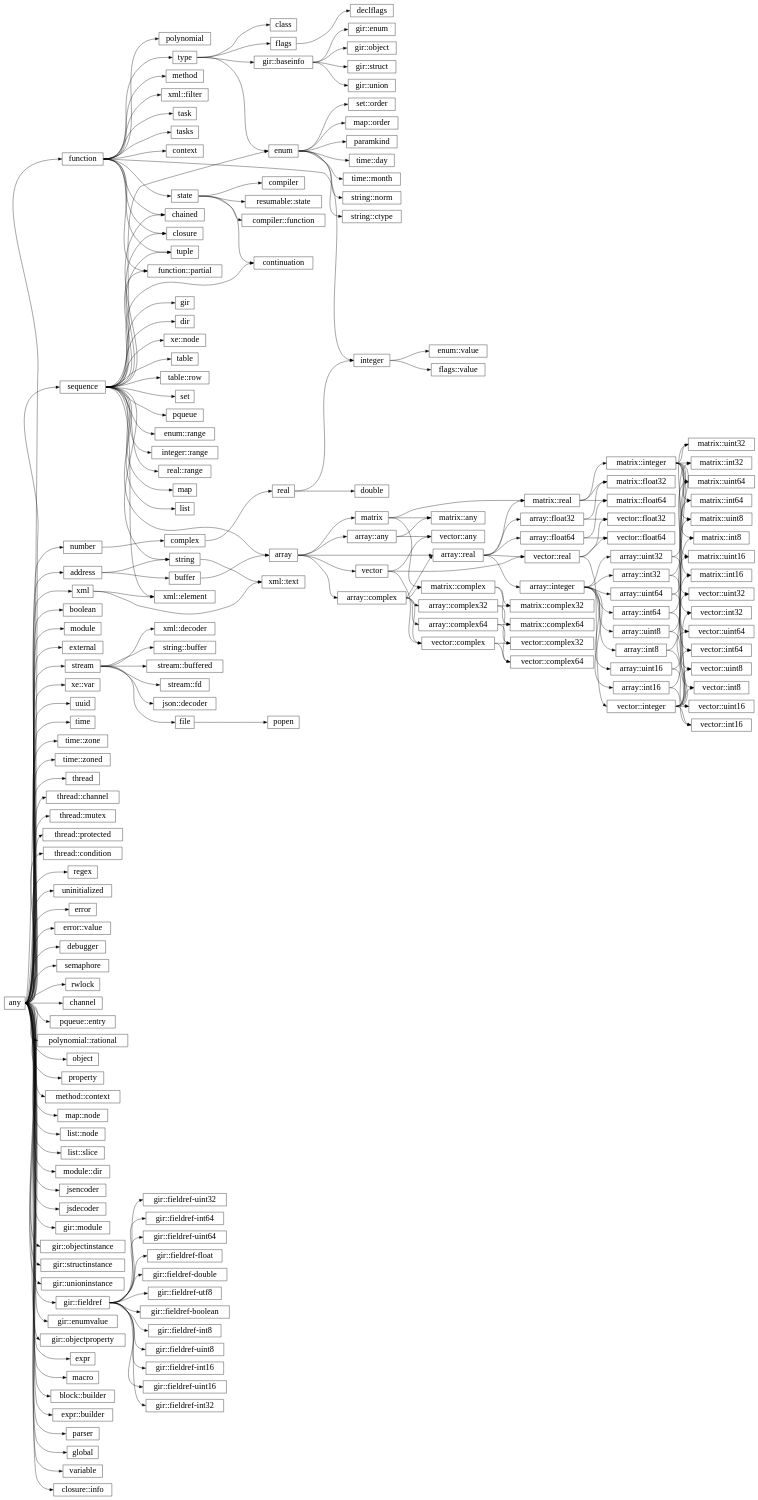
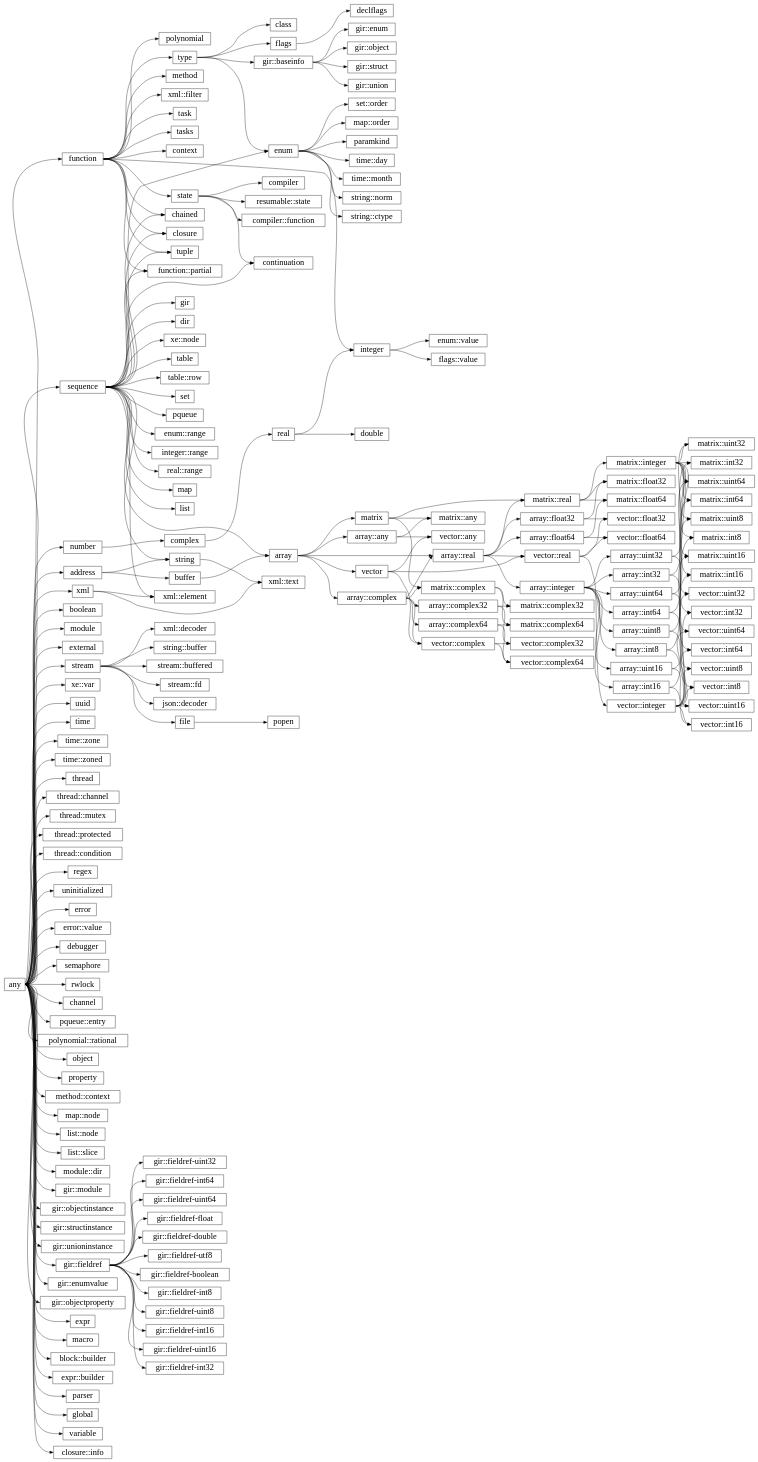
One commit to wrapl/minilang changed the diagram in docs/library/hierarchy.rst. Above: the diagram before and after it, drawn with Graphviz. The commit also changed 15 other files, not shown here.

```diff
--- a/docs/library/hierarchy.rst
+++ b/docs/library/hierarchy.rst
@@ -102,8 +102,6 @@
       "any":e -> "list::slice":w;
       "any":e -> "module::dir":w;
       "stream":e -> "json::decoder":w;
-      "any":e -> "jsencoder":w;
-      "any":e -> "jsdecoder":w;
       "sequence":e -> "gir":w;
       "type":e -> "gir::baseinfo":w;
       "any":e -> "gir::module":w;
```
